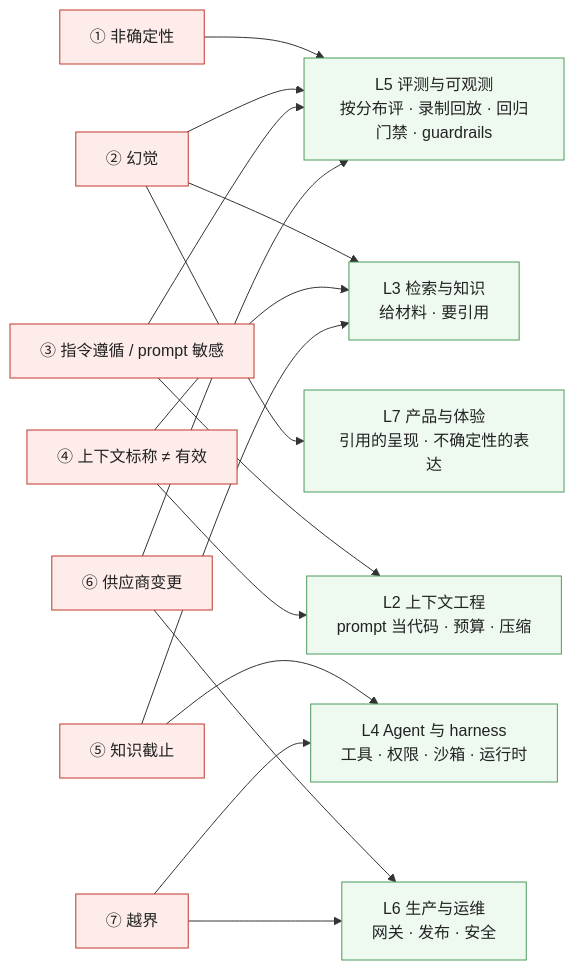
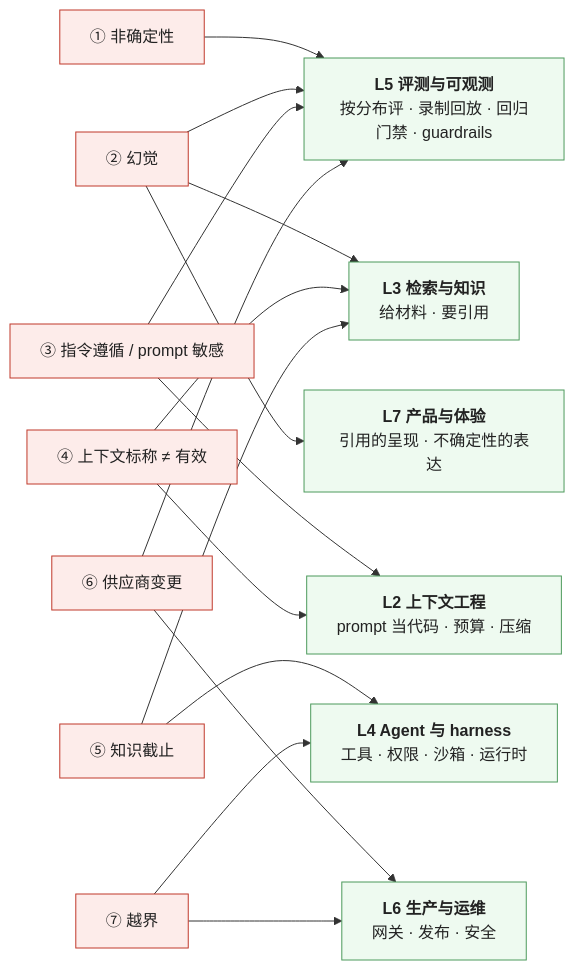
Before and after one commit to arganzheng/arganzheng.github.com: the second of 4 diagrams in _posts/2026-10-04-model-as-component-series-recap-and-self-test.md, drawn with Mermaid. The commit also changed other lines of this file and 6 other files, not shown here.

First line of the commit message:
模型作为组件：契约、失效模式与选型：Mermaid 多行方框的首行标为标题（7 篇）

````diff
--- a/_posts/2026-10-04-model-as-component-series-recap-and-self-test.md
+++ b/_posts/2026-10-04-model-as-component-series-recap-and-self-test.md
@@ -126,22 +126,22 @@
 ```mermaid
 %% 图：七条失效模式各由后面哪一层对付——这张图是整个应用地图的索引：左列是第一篇的七条失效，右列是 L2–L7 六个系列，每条边是一种具体手段
 flowchart LR
-    F1["① 非确定性"] --> L5["L5 评测与可观测<br/>按分布评 · 录制回放 · 回归门禁 · guardrails"]
-    F2["② 幻觉"] --> L3["L3 检索与知识<br/>给材料 · 要引用"]
+    F1["① 非确定性"] --> L5["<b>L5 评测与可观测</b><br/>按分布评 · 录制回放 · 回归门禁 · guardrails"]
+    F2["② 幻觉"] --> L3["<b>L3 检索与知识</b><br/>给材料 · 要引用"]
     F2 --> L5
-    F2 --> L7["L7 产品与体验<br/>引用的呈现 · 不确定性的表达"]
-    F3["③ 指令遵循 / prompt 敏感"] --> L2["L2 上下文工程<br/>prompt 当代码 · 预算 · 压缩"]
+    F2 --> L7["<b>L7 产品与体验</b><br/>引用的呈现 · 不确定性的表达"]
+    F3["③ 指令遵循 / prompt 敏感"] --> L2["<b>L2 上下文工程</b><br/>prompt 当代码 · 预算 · 压缩"]
     F3 --> L5
     F4["④ 上下文标称 ≠ 有效"] --> L2
     F4 --> L3
     F5["⑤ 知识截止"] --> L3
-    F5 --> L4["L4 Agent 与 harness<br/>工具 · 权限 · 沙箱 · 运行时"]
+    F5 --> L4["<b>L4 Agent 与 harness</b><br/>工具 · 权限 · 沙箱 · 运行时"]
     F6["⑥ 供应商变更"] --> L5
-    F6 --> L6["L6 生产与运维<br/>网关 · 发布 · 安全"]
+    F6 --> L6["<b>L6 生产与运维</b><br/>网关 · 发布 · 安全"]
     F7["⑦ 越界"] --> L4
     F7 --> L6
     classDef fail fill:#fdecea,stroke:#c0392b,color:#222
     classDef layer fill:#eefaf0,stroke:#4d9a5c,color:#222
     class F1,F2,F3,F4,F5,F6,F7 fail
     class L2,L3,L4,L5,L6,L7 layer
 ```
````
